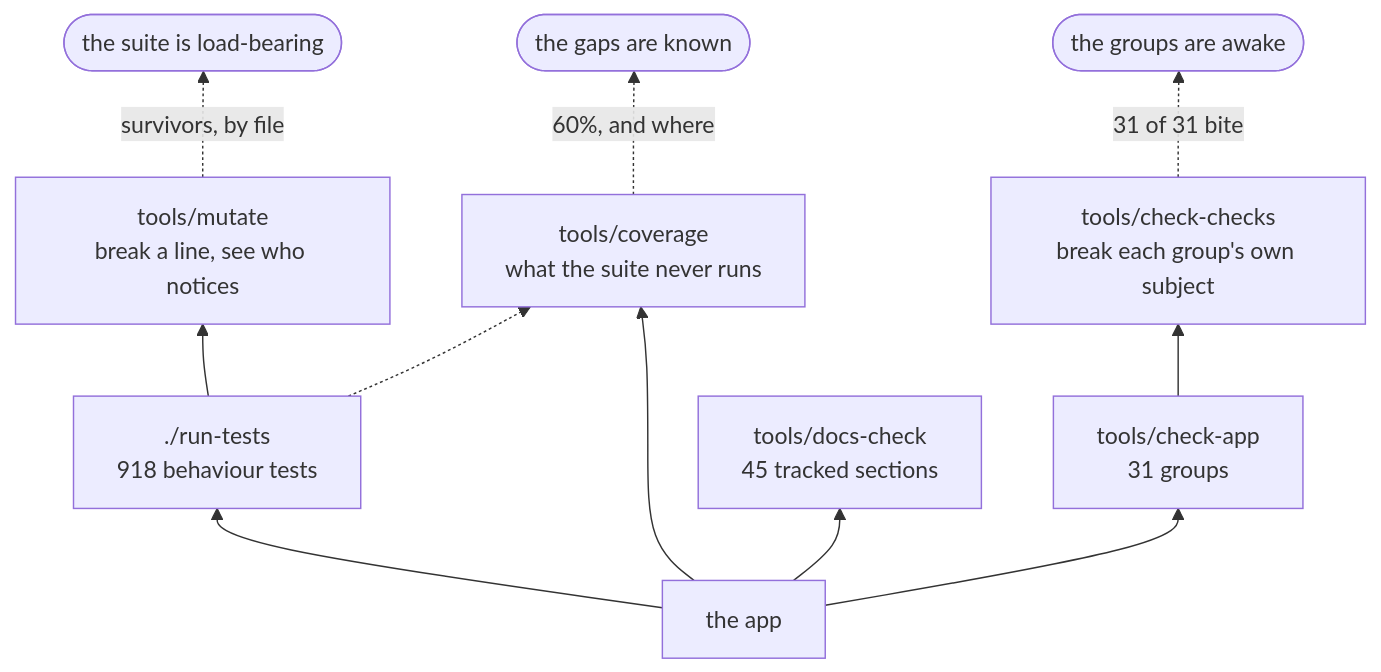
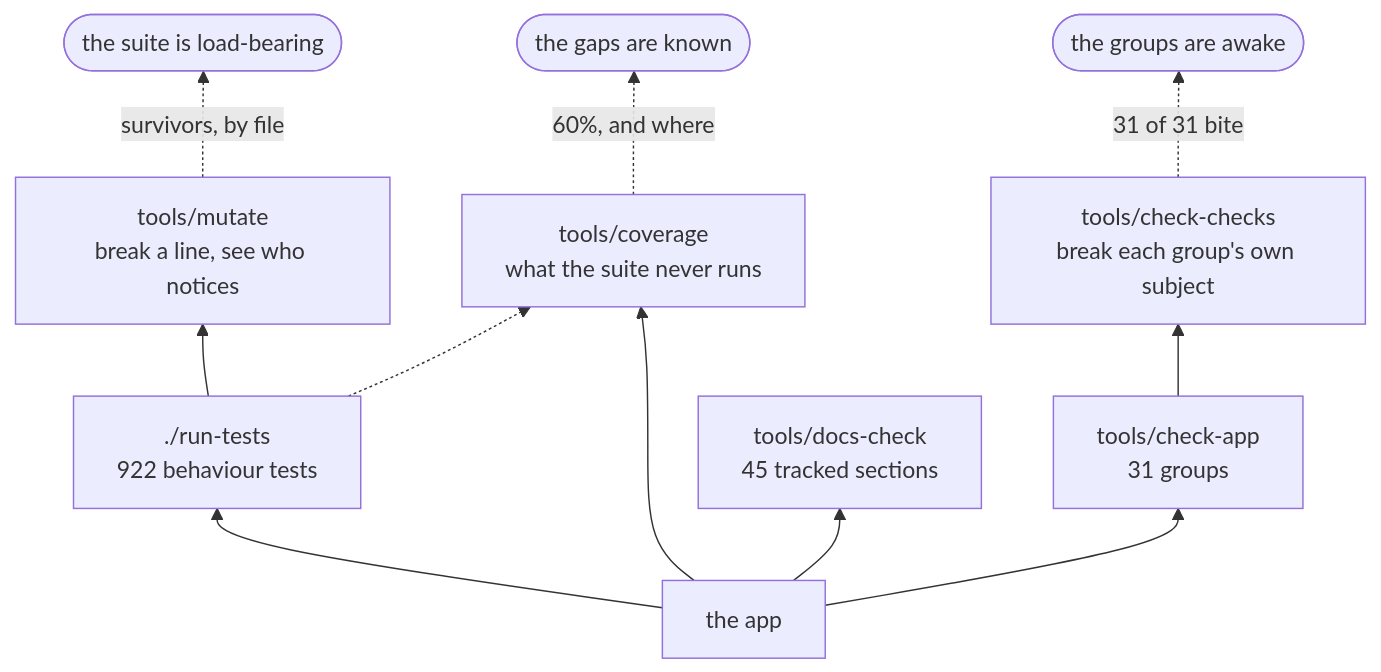
One commit to minormending/crystal-pilot-mobile changed the second of 3 diagrams in docs/DEVELOPING.md. Above: the diagram before and after it, drawn with Mermaid. The commit also changed other lines of this file and 1 other file, not shown here.

````diff
--- a/docs/DEVELOPING.md
+++ b/docs/DEVELOPING.md
@@ -128,13 +128,13 @@
 ```mermaid
 flowchart BT
-    C["the app"] --> T["./run-tests<br/>918 behaviour tests"]
+    C["the app"] --> T["./run-tests<br/>922 behaviour tests"]
     C --> A["tools/check-app<br/>31 groups"]
     C --> D["tools/docs-check<br/>45 tracked sections"]
     C --> V["tools/coverage<br/>what the suite never runs"]
     T --> M["tools/mutate<br/>break a line, see who notices"]
     A --> K["tools/check-checks<br/>break each group's own subject"]
     T -.-> V
     M -.->|"survivors, by file"| R(["the suite is load-bearing"])
     K -.->|"31 of 31 bite"| R2(["the groups are awake"])
     V -.->|"60%, and where"| R3(["the gaps are known"])
 ```
````
